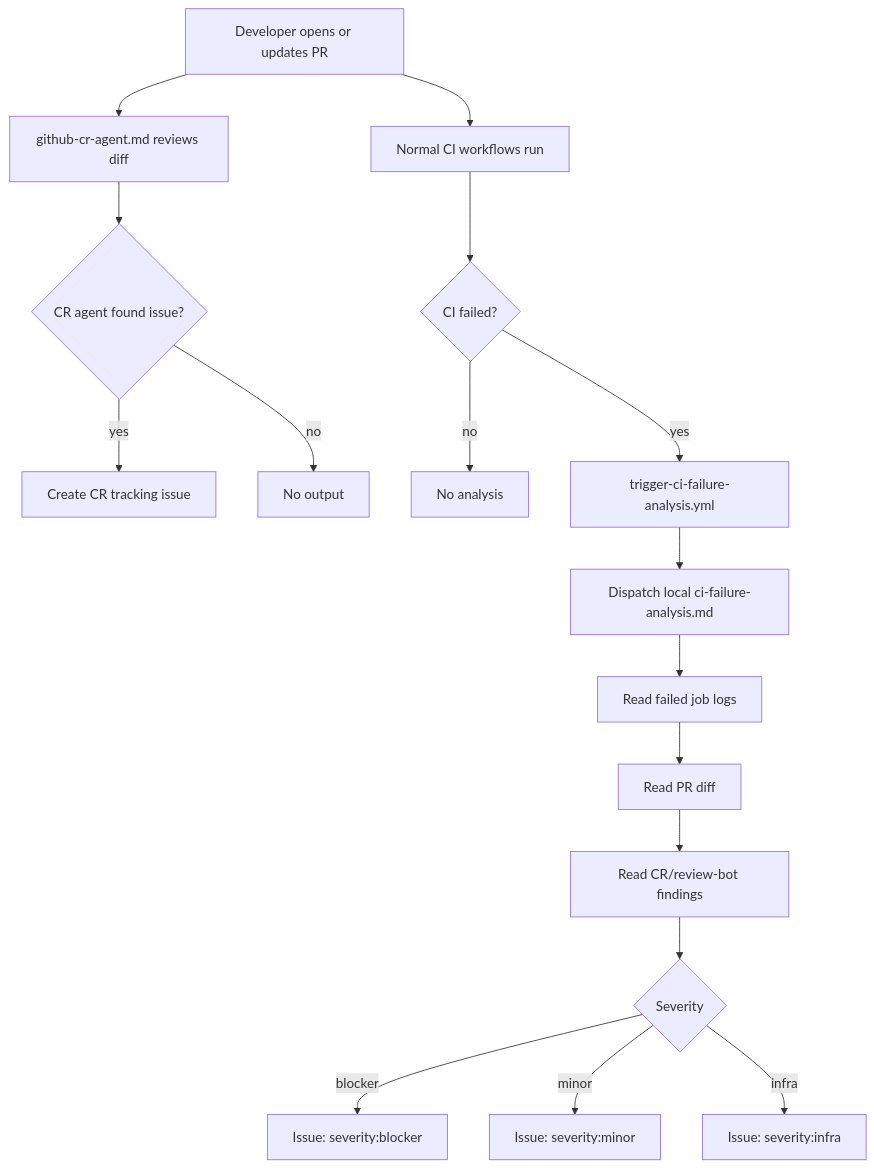
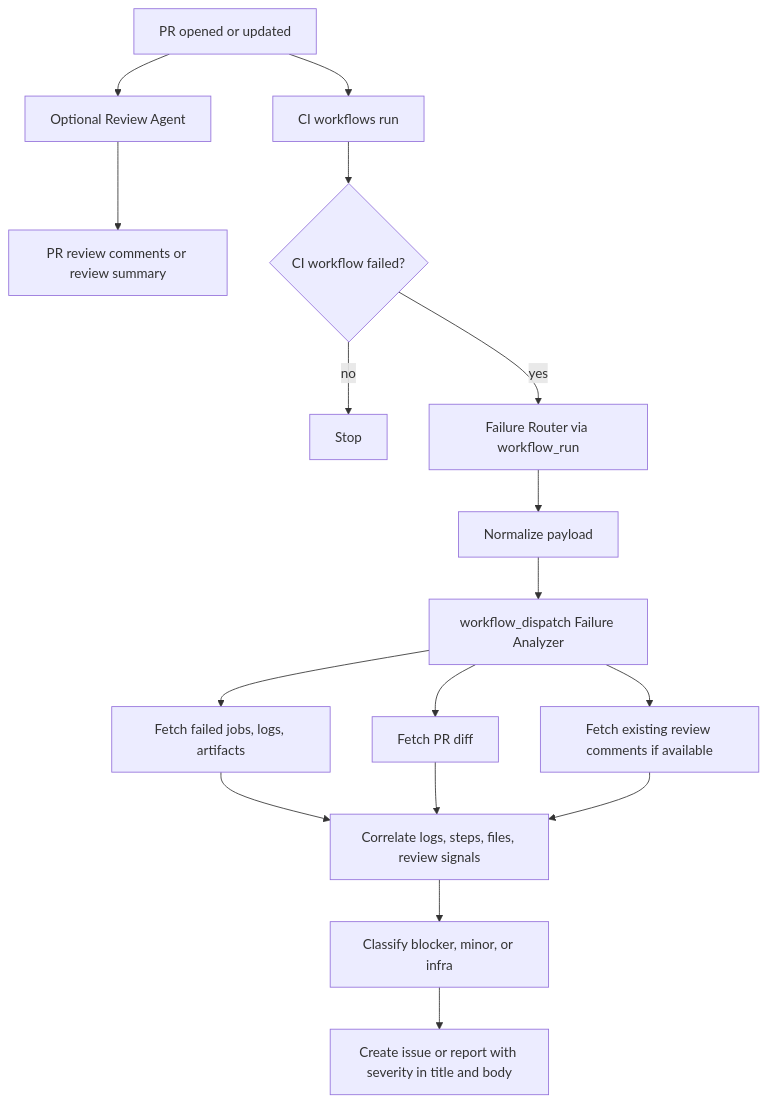
Before and after one commit to Amitro1234/vibe-coding-agents-workflow: the first of 2 diagrams in README.md, drawn with Mermaid. The commit also changed other lines of this file and 2 other files, not shown here.

Commit message:
polish generic ci failure analysis docs

````diff
--- a/README.md
+++ b/README.md
@@ -26,22 +26,19 @@
 ```mermaid
 flowchart TD
-    A[Developer opens or updates PR] --> B[github-cr-agent.md reviews diff]
-    B --> C{CR agent found issue?}
-    C -- yes --> D[Create CR tracking issue]
-    C -- no --> E[No output]
-
-    A --> F[Normal CI workflows run]
-    F --> G{CI failed?}
-    G -- no --> H[No analysis]
-    G -- yes --> I[trigger-ci-failure-analysis.yml]
-
-    I --> J[Dispatch local ci-failure-analysis.md]
-    J --> K[Read failed job logs]
-    K --> L[Read PR diff]
-    L --> M[Read CR/review-bot findings]
-    M --> N{Severity}
-
-    N -- blocker --> O[Issue: severity:blocker]
-    N -- minor --> P[Issue: severity:minor]
-    N -- infra --> Q[Issue: severity:infra]
+    A[PR opened or updated] --> B[Optional Review Agent]
+    B --> C[PR review comments or review summary]
+    A --> D[CI workflows run]
+    D --> E{CI workflow failed?}
+    E -- no --> F[Stop]
+    E -- yes --> G[Failure Router via workflow_run]
+    G --> H[Normalize payload]
+    H --> I[workflow_dispatch Failure Analyzer]
+    I --> J[Fetch failed jobs, logs, artifacts]
+    I --> K[Fetch PR diff]
+    I --> L[Fetch existing review comments if available]
+    J --> M[Correlate logs, steps, files, review signals]
+    K --> M
+    L --> M
+    M --> N[Classify blocker, minor, or infra]
+    N --> O[Create issue or report with severity in title and body]
 ```
````
